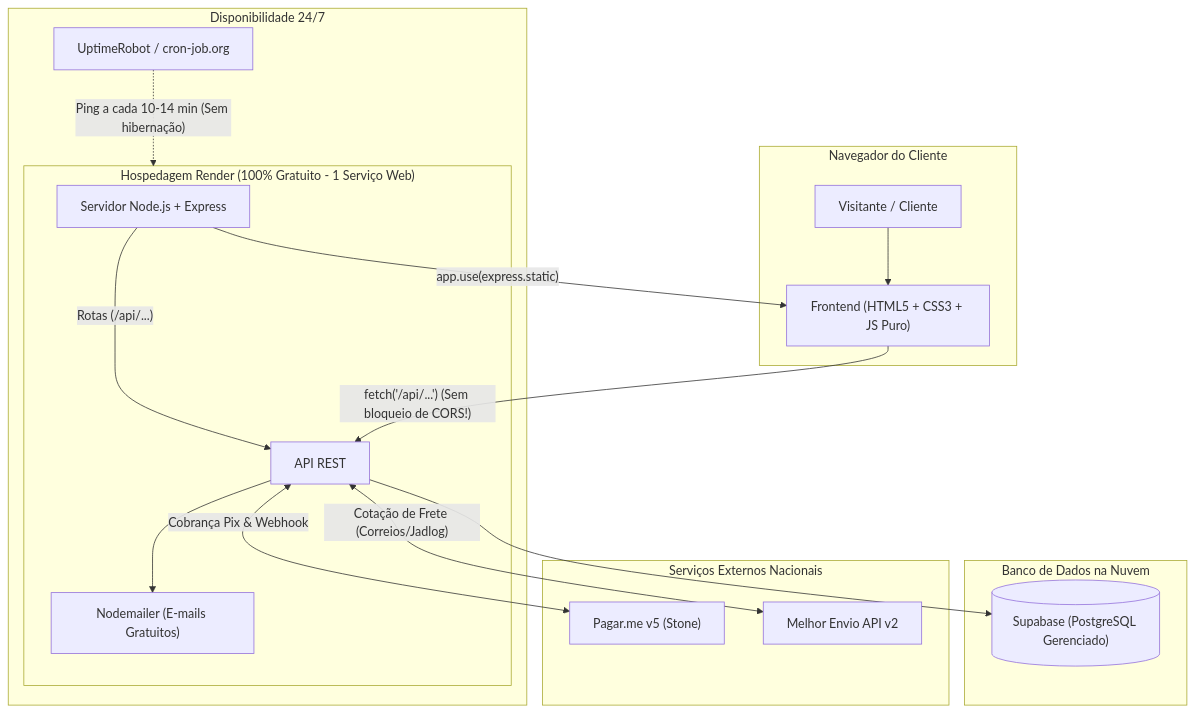
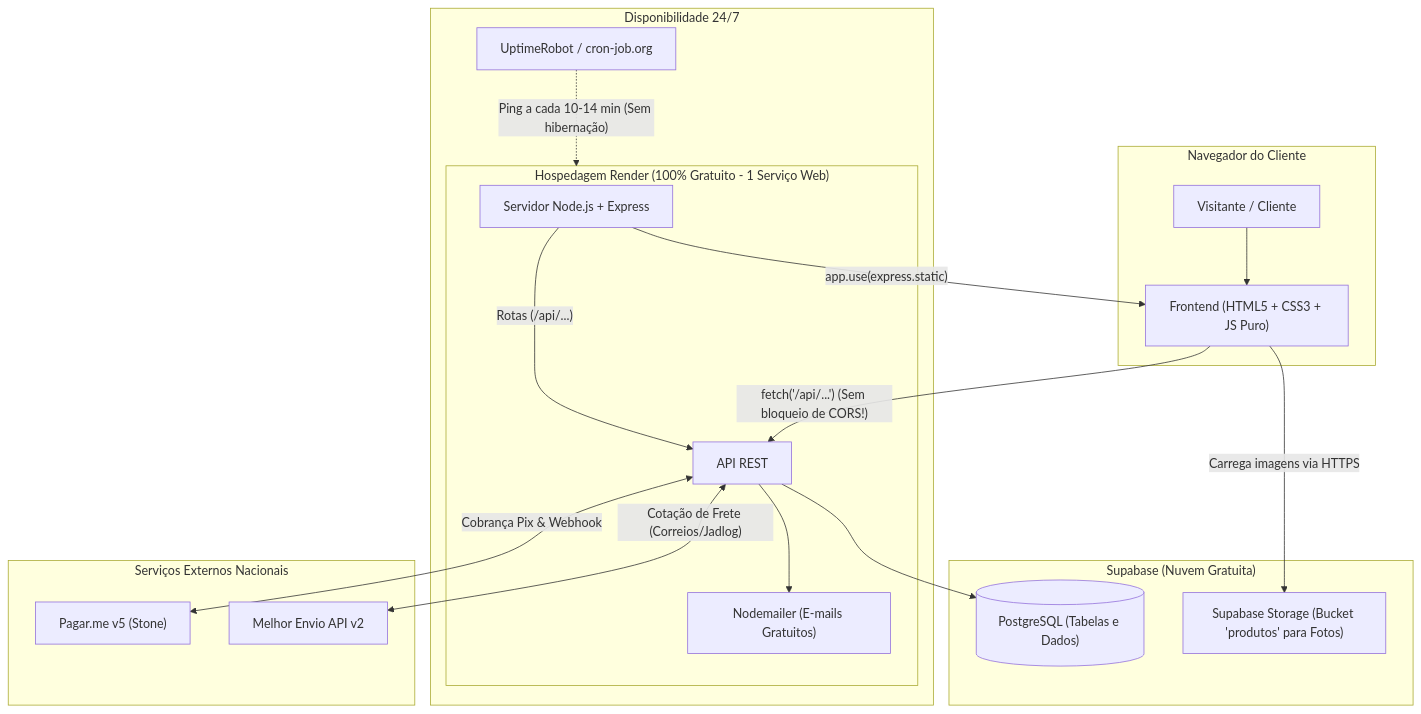
The first of 2 diagrams in DIRETRIZES_DO_PROJETO.md (FelipeGardenghiDev/canivete-da-roca-pi2), drawn with Mermaid before and after one commit. The commit also changed other lines of this file and 3 other files, not shown here.

Commit message:
feat(docs/db): documenta supabase storage, categorias no menu e orientacoes para o dba

````diff
--- a/DIRETRIZES_DO_PROJETO.md
+++ b/DIRETRIZES_DO_PROJETO.md
@@ -19,28 +21,30 @@
 ```mermaid
 flowchart TD
     subgraph Cliente ["Navegador do Cliente"]
         User["Visitante / Cliente"] --> Telas["Frontend (HTML5 + CSS3 + JS Puro)"]
     end
 
     subgraph Monitoramento ["Disponibilidade 24/7"]
         Uptime["UptimeRobot / cron-job.org"] -.->|"Ping a cada 10-14 min (Sem hibernação)"| RenderApp
     end
 
     subgraph RenderApp ["Hospedagem Render (100% Gratuito - 1 Serviço Web)"]
         ServerExpress["Servidor Node.js + Express"]
         ServerExpress -->|"app.use(express.static)"| Telas
         ServerExpress -->|"Rotas (/api/...)"| API["API REST"]
         API --> Mailer["Nodemailer (E-mails Gratuitos)"]
     end
 
-    subgraph Dados ["Banco de Dados na Nuvem"]
-        API --> DB[("Supabase (PostgreSQL Gerenciado)")]
+    subgraph NuvemSupabase ["Supabase (Nuvem Gratuita)"]
+        API --> DB[("PostgreSQL (Tabelas e Dados)")]
+        Storage["Supabase Storage (Bucket 'produtos' para Fotos)"]
+        Telas -->|"Carrega imagens via HTTPS"| Storage
     end
 
     subgraph Integracoes ["Serviços Externos Nacionais"]
         API <-->|"Cobrança Pix & Webhook"| Pagarme["Pagar.me v5 (Stone)"]
         API <-->|"Cotação de Frete (Correios/Jadlog)"| MelhorEnvio["Melhor Envio API v2"]
     end
 
     Telas -->|"fetch('/api/...') (Sem bloqueio de CORS!)"| API
 ```
````
